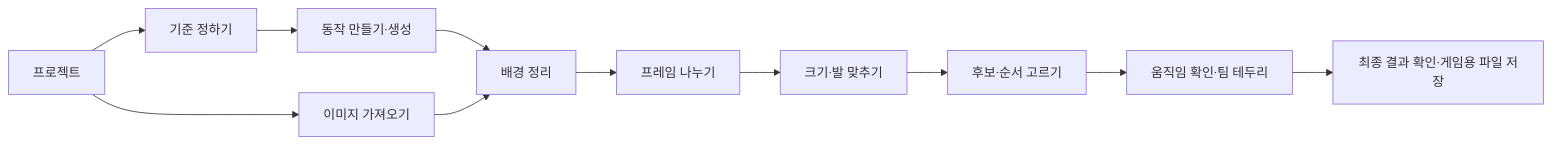
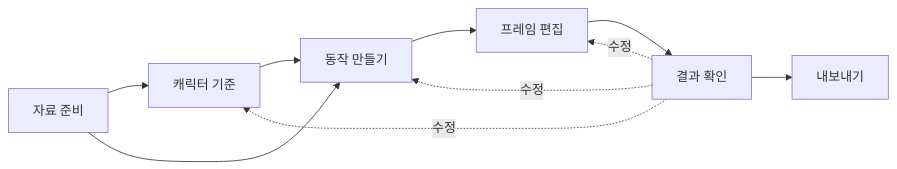
The diagram in docs/product/UX_DESIGN.md (cheng80/frame_room), drawn with Mermaid before and after one commit. The commit also changed other lines of this file and 21 other files, not shown here.

````diff
--- a/docs/product/UX_DESIGN.md
+++ b/docs/product/UX_DESIGN.md
@@ -43,13 +47,12 @@
 ```mermaid
 flowchart LR
-  P[프로젝트] --> R[기준 정하기]
-  R --> G[동작 만들기·생성]
-  P --> I[이미지 가져오기]
-  G --> B[배경 정리]
-  I --> B
-  B --> E[프레임 나누기]
-  E --> A[크기·발 맞추기]
-  A --> C[후보·순서 고르기]
-  C --> V[움직임 확인·팀 테두리]
-  V --> X[최종 결과 확인·게임용 파일 저장]
+  A[자료 준비] --> B[캐릭터 기준]
+  B --> C[동작 만들기]
+  A --> C
+  C --> D[프레임 편집]
+  D --> E[결과 확인]
+  E --> F[내보내기]
+  E -. 수정 .-> B
+  E -. 수정 .-> C
+  E -. 수정 .-> D
 ```
````
